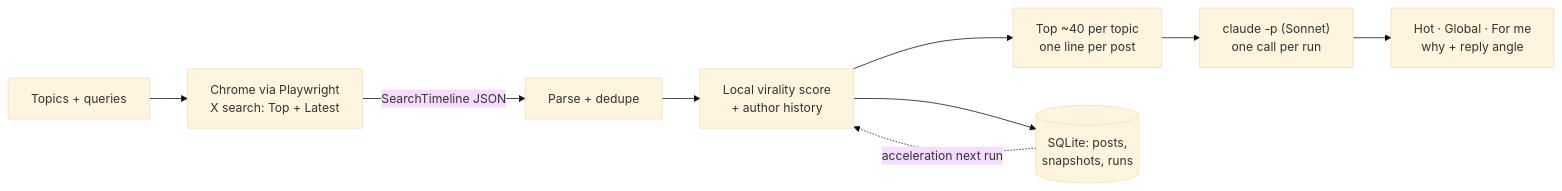
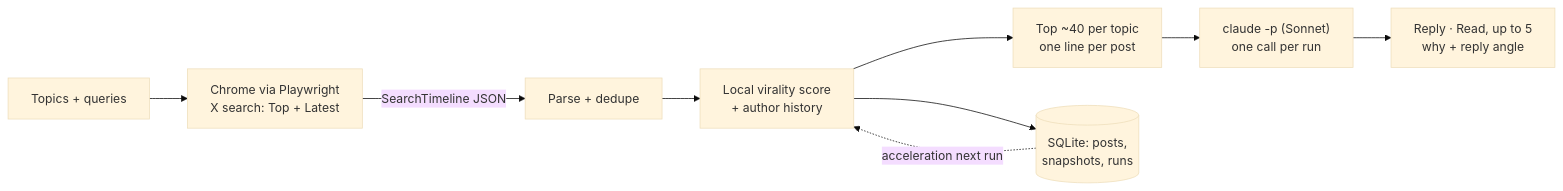
One commit to Sentimenta1ist/x-scout changed the diagram in README.md. Above: the diagram before and after it, drawn with Mermaid (base theme). The commit also changed other lines of this file and 7 other files, not shown here.

Commit message:
Two columns, up to 5 posts per topic: worth a reply / worth reading; strict topic fit, no Hot/Global split

````diff
--- a/README.md
+++ b/README.md
@@ -57,11 +56,11 @@
 ```mermaid
 flowchart LR
     A[Topics + queries] --> B[Chrome via Playwright<br/>X search: Top + Latest]
     B -->|SearchTimeline JSON| C[Parse + dedupe]
     C --> D[Local virality score<br/>+ author history]
     D --> E[Top ~40 per topic<br/>one line per post]
     E --> F["claude -p (Sonnet)<br/>one call per run"]
-    F --> G[Hot · Global · For me<br/>why + reply angle]
+    F --> G[Reply · Read, up to 5<br/>why + reply angle]
     D --> H[(SQLite: posts,<br/>snapshots, runs)]
     H -.->|acceleration next run| D
 ```
````
